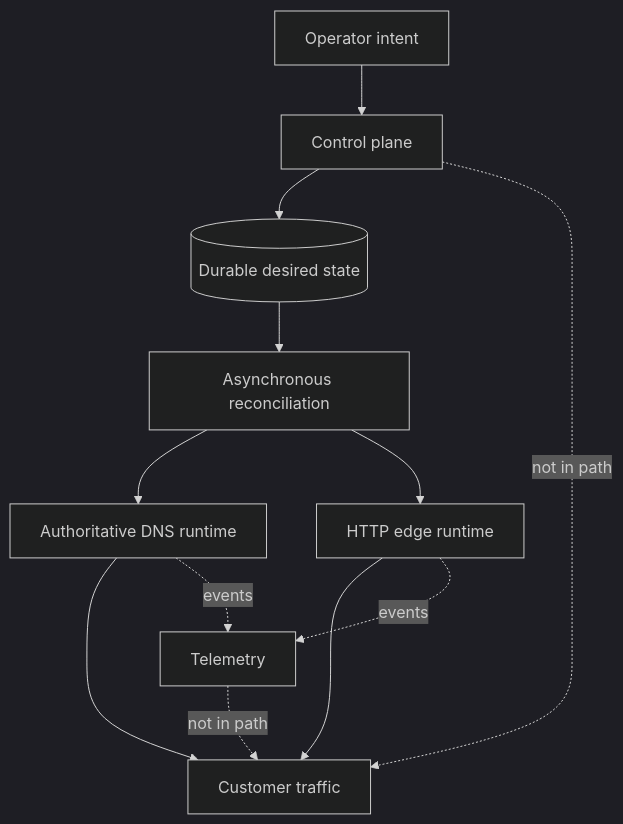
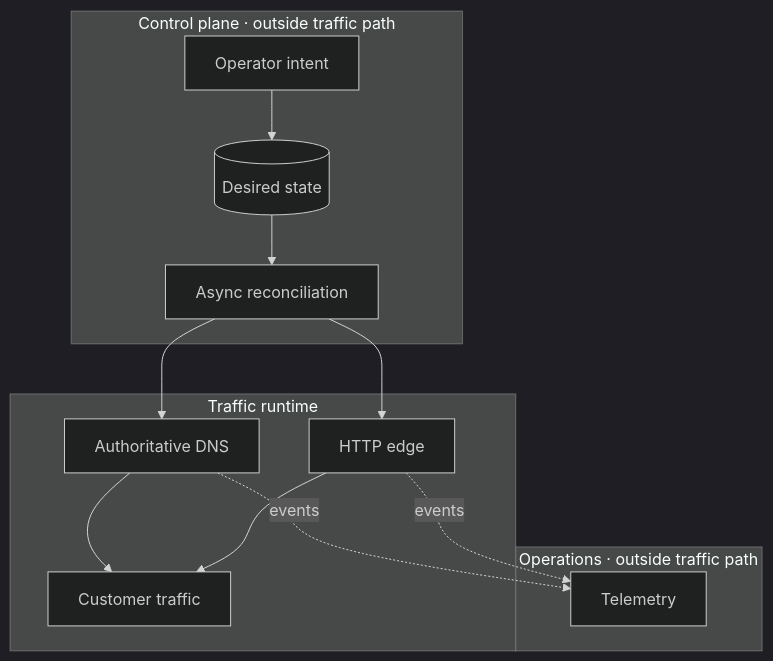
Before and after one commit to vaheed/CDNFoundry: the first of 2 diagrams in docs/getting-started/private-cdn-design.md, drawn with Mermaid (dark theme). The commit also changed 24 other files, not shown here.

````diff
--- a/docs/getting-started/private-cdn-design.md
+++ b/docs/getting-started/private-cdn-design.md
@@ -44,14 +44,16 @@
 ```mermaid
 flowchart TB
-    Intent["Operator intent"] --> Control["Control plane"]
-    Control --> Desired[("Durable desired state")]
-    Desired --> Reconcile["Asynchronous reconciliation"]
-    Reconcile --> DNS["Authoritative DNS runtime"]
-    Reconcile --> Edge["HTTP edge runtime"]
-    DNS --> Traffic["Customer traffic"]
-    Edge --> Traffic
-    DNS -. "events" .-> Observe["Telemetry"]
-    Edge -. "events" .-> Observe
-    Control -. "not in path" .-> Traffic
-    Observe -. "not in path" .-> Traffic
+    subgraph Control["Control plane · outside traffic path"]
+      Intent["Operator intent"] --> Desired[("Desired state")] --> Reconcile["Async reconciliation"]
+    end
+    subgraph Runtime["Traffic runtime"]
+      Reconcile --> DNS["Authoritative DNS"]
+      Reconcile --> Edge["HTTP edge"]
+      DNS --> Traffic["Customer traffic"]
+      Edge --> Traffic
+    end
+    subgraph Operations["Operations · outside traffic path"]
+      DNS -. "events" .-> Observe["Telemetry"]
+      Edge -. "events" .-> Observe
+    end
 ```
````
